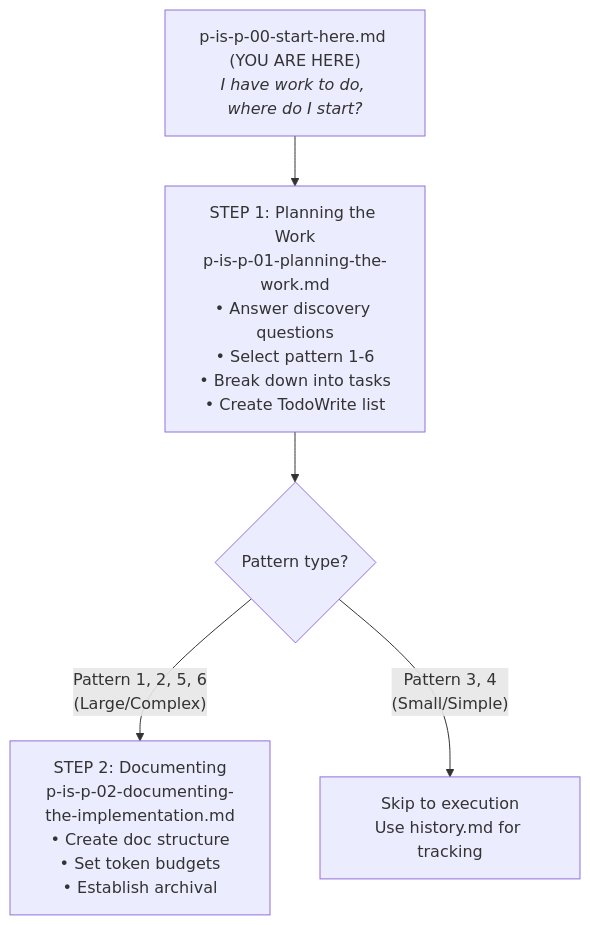
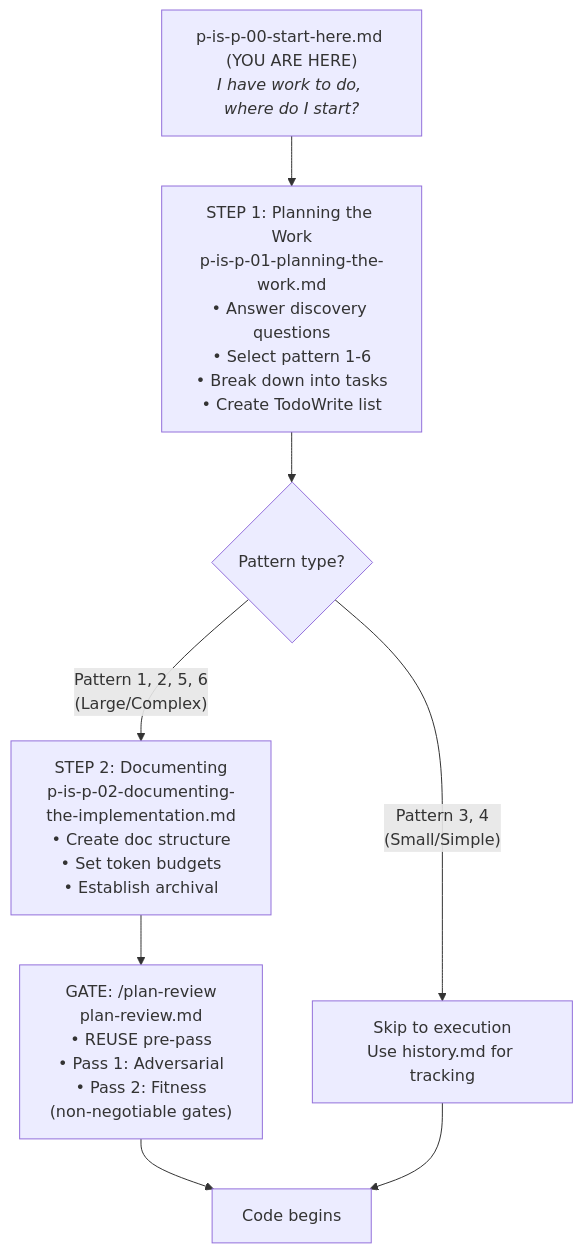
One commit to deepily/planning-is-prompting changed the diagram in workflow/p-is-p-00-start-here.md. Above: the diagram before and after it, drawn with Mermaid. The commit also changed other lines of this file and 8 other files, not shown here.

First line of the commit message:
Session 79: Promote plan-review gate from Lupin to PIP

````diff
--- a/workflow/p-is-p-00-start-here.md
+++ b/workflow/p-is-p-00-start-here.md
@@ -260,9 +260,12 @@
 ```mermaid
 flowchart TD
     Start["p-is-p-00-start-here.md (YOU ARE HERE)<br><i>I have work to do, where do I start?</i>"]
     Step1["STEP 1: Planning the Work<br>p-is-p-01-planning-the-work.md<br>• Answer discovery questions<br>• Select pattern 1-6<br>• Break down into tasks<br>• Create TodoWrite list"]
     Start --> Step1
     Step1 --> Branch{Pattern type?}
     Branch -->|"Pattern 1, 2, 5, 6<br>(Large/Complex)"| Step2["STEP 2: Documenting<br>p-is-p-02-documenting-the-implementation.md<br>• Create doc structure<br>• Set token budgets<br>• Establish archival"]
     Branch -->|"Pattern 3, 4<br>(Small/Simple)"| Skip["Skip to execution<br>Use history.md for tracking"]
+    Step2 --> Review["GATE: /plan-review<br>plan-review.md<br>• REUSE pre-pass<br>• Pass 1: Adversarial<br>• Pass 2: Fitness<br>(non-negotiable gates)"]
+    Review --> Code["Code begins"]
+    Skip --> Code
 ```
````
